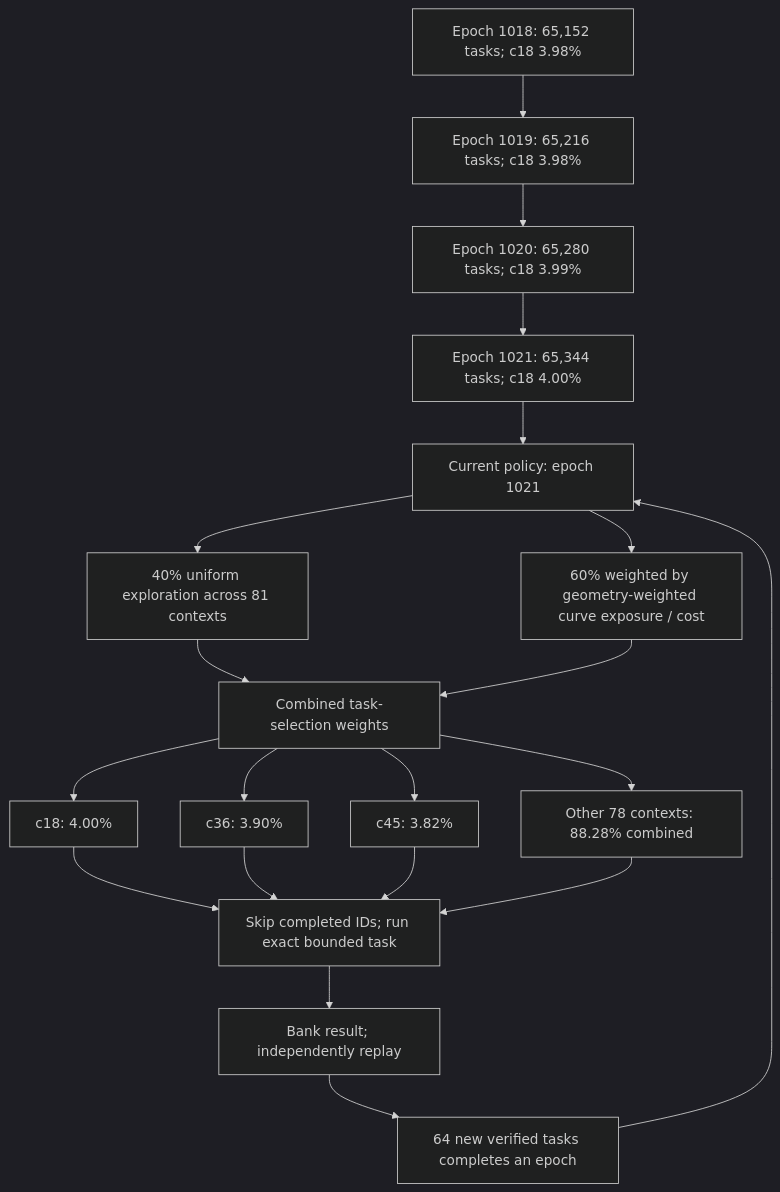
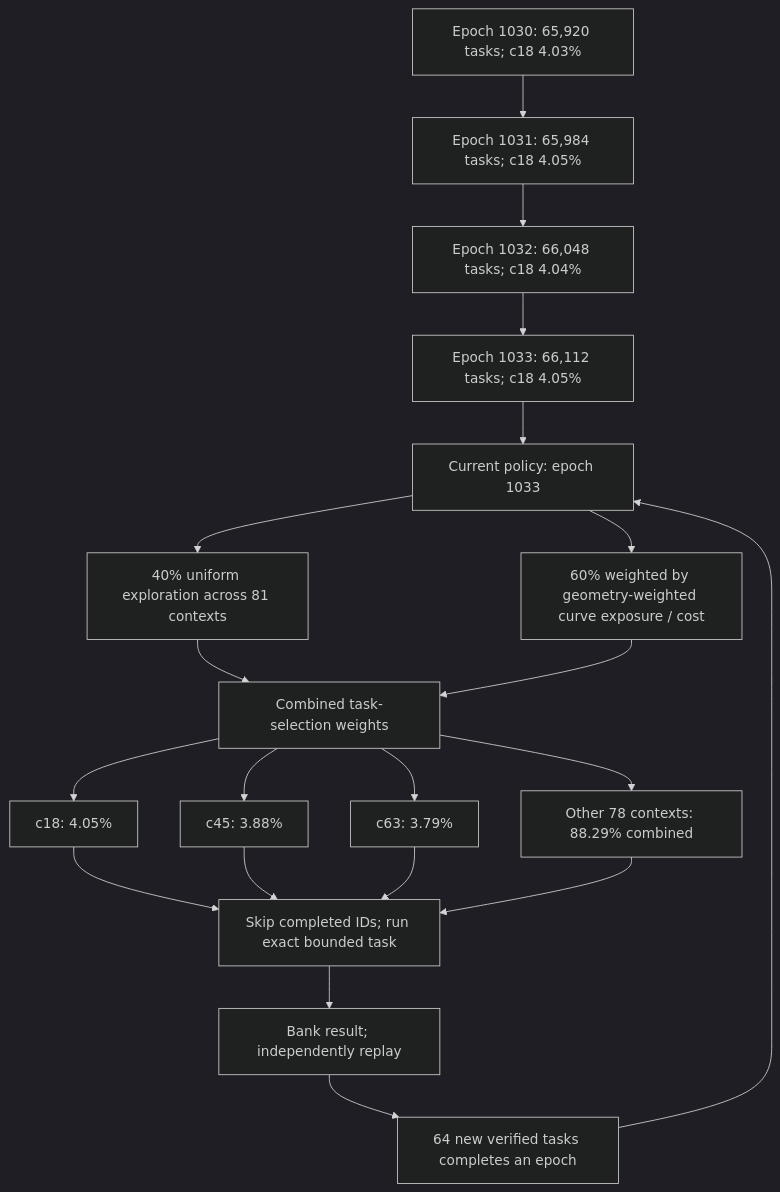
One commit to Kuberwastaken/math-gambling changed the first of 3 diagrams in README.md. Above: the diagram before and after it, drawn with Mermaid (dark theme). The commit also changed other lines of this file and 1642 other files, not shown here.

````diff
--- a/README.md
+++ b/README.md
@@ -55,27 +55,27 @@
 ```mermaid
 flowchart TD
-    H0["Epoch 1018: 65,152 tasks; c18 3.98%"]
-    H1["Epoch 1019: 65,216 tasks; c18 3.98%"]
+    H0["Epoch 1030: 65,920 tasks; c18 4.03%"]
+    H1["Epoch 1031: 65,984 tasks; c18 4.05%"]
     H0 --> H1
-    H2["Epoch 1020: 65,280 tasks; c18 3.99%"]
+    H2["Epoch 1032: 66,048 tasks; c18 4.04%"]
     H1 --> H2
-    H3["Epoch 1021: 65,344 tasks; c18 4.00%"]
+    H3["Epoch 1033: 66,112 tasks; c18 4.05%"]
     H2 --> H3
-    Policy["Current policy: epoch 1021"]
+    Policy["Current policy: epoch 1033"]
     H3 --> Policy
     Policy --> Explore["40% uniform exploration across 81 contexts"]
     Policy --> Cost["60% weighted by geometry-weighted curve exposure / cost"]
     Explore --> Mix["Combined task-selection weights"]
     Cost --> Mix
-    Mix --> C0["c18: 4.00%"]
-    Mix --> C1["c36: 3.90%"]
-    Mix --> C2["c45: 3.82%"]
-    Mix --> Rest["Other 78 contexts: 88.28% combined"]
+    Mix --> C0["c18: 4.05%"]
+    Mix --> C1["c45: 3.88%"]
+    Mix --> C2["c63: 3.79%"]
+    Mix --> Rest["Other 78 contexts: 88.29% combined"]
     C0 --> Check["Skip completed IDs; run exact bounded task"]
     C1 --> Check
     C2 --> Check
     Rest --> Check
     Check --> Replay["Bank result; independently replay"]
     Replay --> Gate["64 new verified tasks completes an epoch"]
     Gate --> Policy
 ```
````
